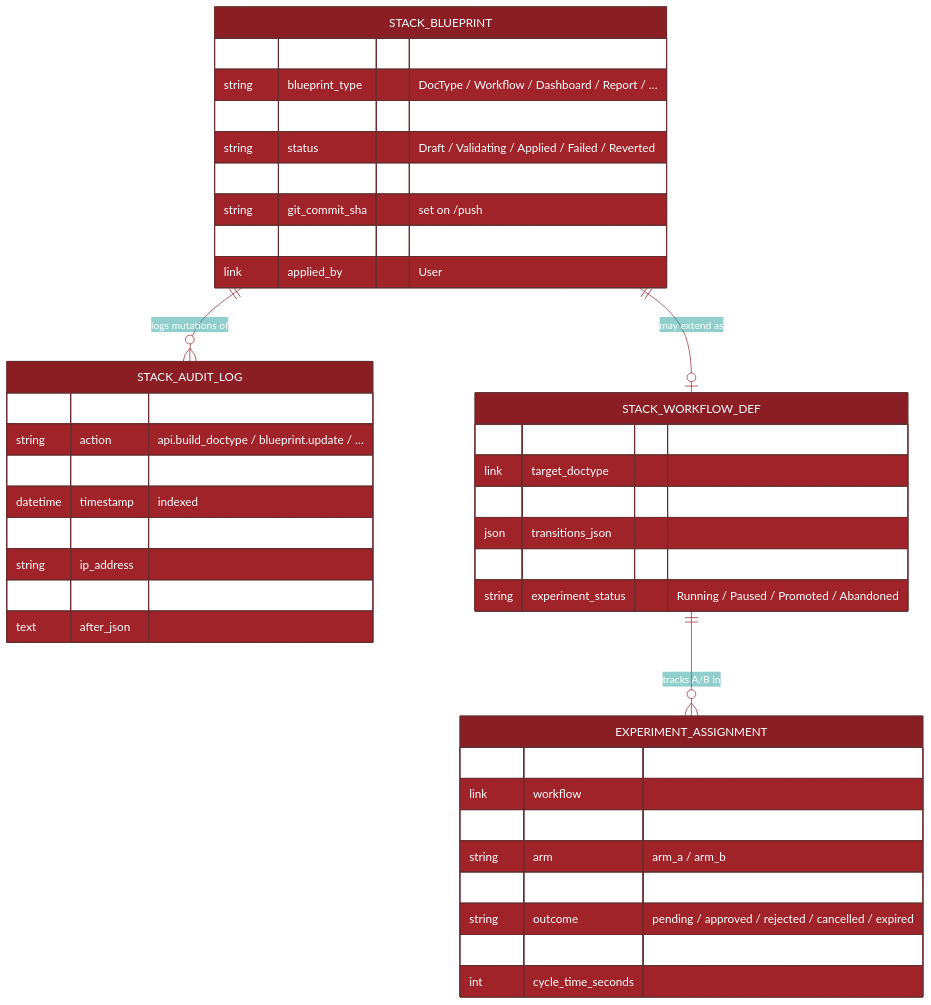
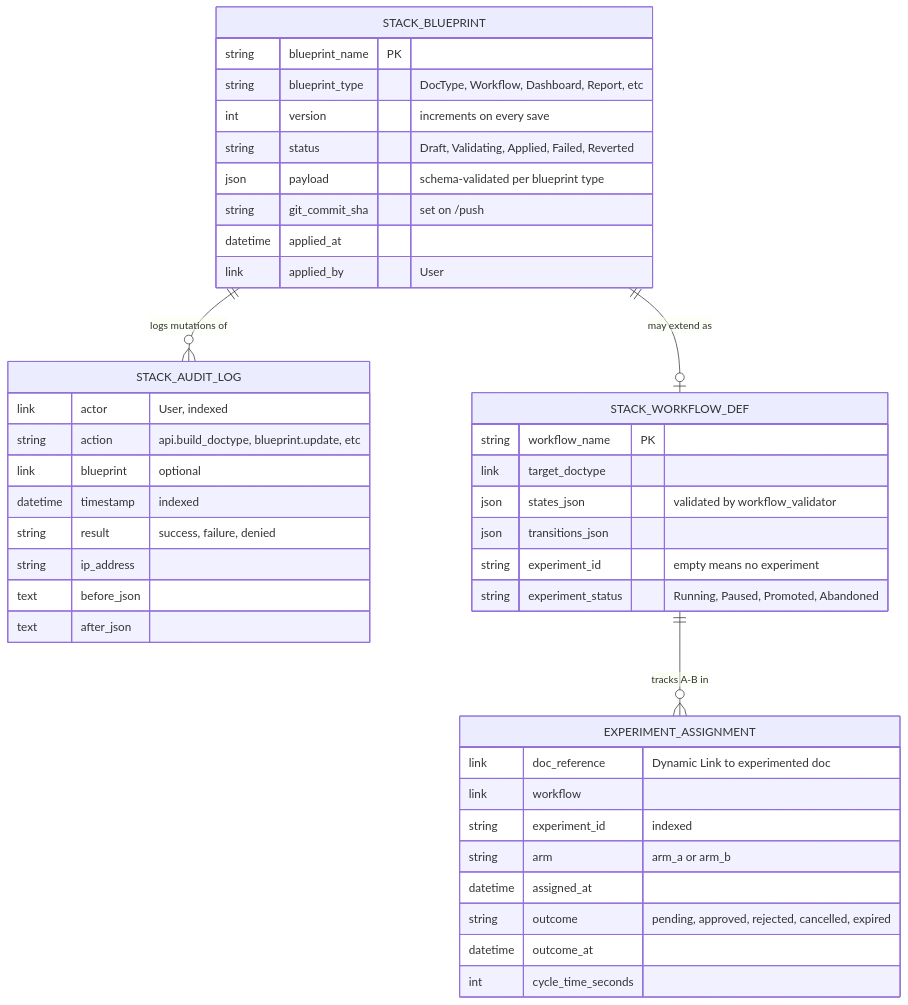
The fourth of 4 diagrams in docs/architecture.md (dhwani-ris/frappe-stack), drawn with Mermaid before and after one commit. The commit also changed other lines of this file and 1 other file, not shown here.

````diff
--- a/docs/architecture.md
+++ b/docs/architecture.md
@@ -165,56 +119,45 @@
 ```mermaid
-%%{init: {
-  'theme': 'base',
-  'themeVariables': {
-    'primaryColor': '#8B1E24',
-    'primaryTextColor': '#ffffff',
-    'primaryBorderColor': '#6A2E2E',
-    'lineColor': '#9E2A2F',
-    'secondaryColor': '#F5E6DD',
-    'fontFamily': 'Inter, system-ui, sans-serif'
-  }
-}}%%
 erDiagram
     STACK_BLUEPRINT ||--o{ STACK_AUDIT_LOG : "logs mutations of"
     STACK_BLUEPRINT ||--o| STACK_WORKFLOW_DEF : "may extend as"
-    STACK_WORKFLOW_DEF ||--o{ EXPERIMENT_ASSIGNMENT : "tracks A/B in"
+    STACK_WORKFLOW_DEF ||--o{ EXPERIMENT_ASSIGNMENT : "tracks A-B in"
 
     STACK_BLUEPRINT {
         string blueprint_name PK
-        string blueprint_type "DocType / Workflow / Dashboard / Report / …"
-        int    version "++ on every save"
-        string status "Draft / Validating / Applied / Failed / Reverted"
-        json   payload "schema-validated per blueprint_type"
+        string blueprint_type "DocType, Workflow, Dashboard, Report, etc"
+        int    version "increments on every save"
+        string status "Draft, Validating, Applied, Failed, Reverted"
+        json   payload "schema-validated per blueprint type"
         string git_commit_sha "set on /push"
         datetime applied_at
         link applied_by "User"
     }
     STACK_WORKFLOW_DEF {
         string workflow_name PK
         link   target_doctype
         json   states_json "validated by workflow_validator"
         json   transitions_json
-        string experiment_id "empty = no experiment"
-        string experiment_status "Running / Paused / Promoted / Abandoned"
+        string experiment_id "empty means no experiment"
+        string experiment_status "Running, Paused, Promoted, Abandoned"
     }
     EXPERIMENT_ASSIGNMENT {
         link   doc_reference "Dynamic Link to experimented doc"
         link   workflow
         string experiment_id "indexed"
-        string arm "arm_a / arm_b"
+        string arm "arm_a or arm_b"
         datetime assigned_at
-        string outcome "pending / approved / rejected / cancelled / expired"
+        string outcome "pending, approved, rejected, cancelled, expired"
         datetime outcome_at
         int cycle_time_seconds
     }
     STACK_AUDIT_LOG {
         link   actor "User, indexed"
-        string action "api.build_doctype / blueprint.update / …"
+        string action "api.build_doctype, blueprint.update, etc"
         link   blueprint "optional"
         datetime timestamp "indexed"
-        string result "success / failure / denied"
+        string result "success, failure, denied"
         string ip_address
         text   before_json
         text   after_json
     }
 ```
````
